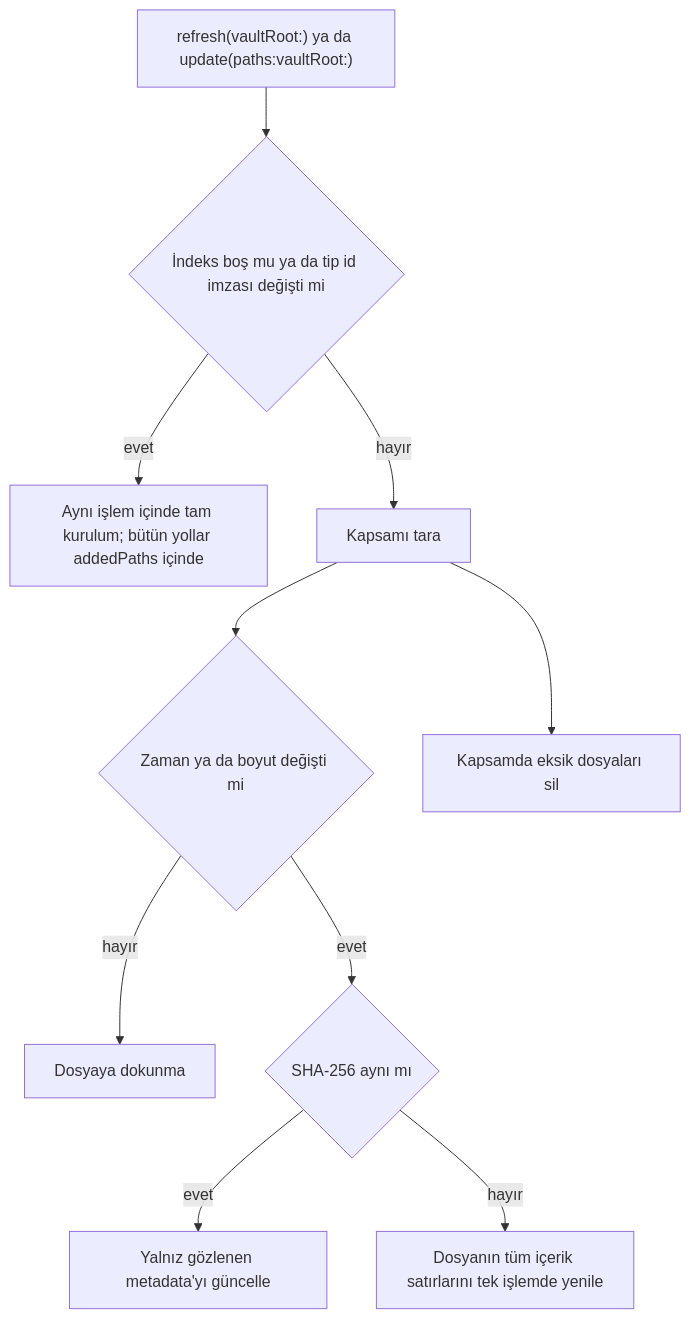
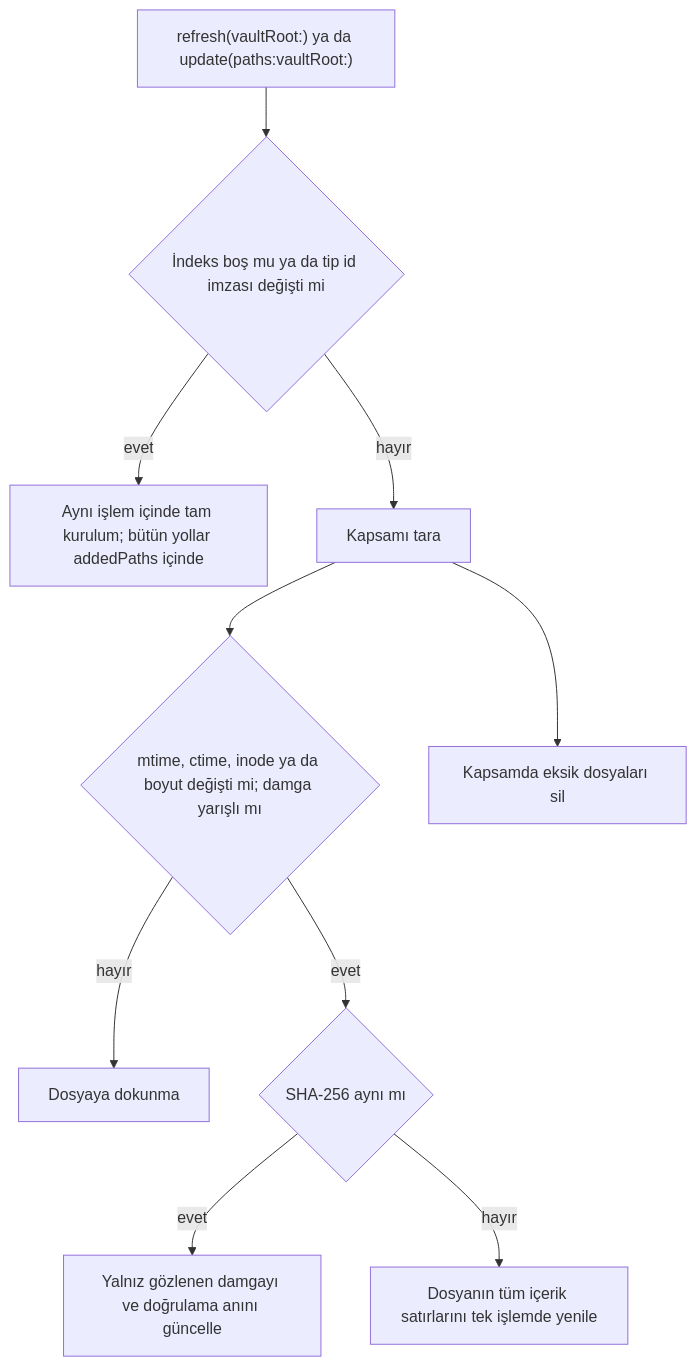
Before and after one commit to dogancanyildiz/kenet: diagram 15 of 18 in docs/architecture.md, drawn with Mermaid. The commit also changed other lines of this file and 18 other files, not shown here.

Commit message:
fix: indeks değişiklik tespiti ctime ve inode ile; boş indekste tam kurulum; NFD adlı fixture (şema 8) (#295)

````diff
--- a/docs/architecture.md
+++ b/docs/architecture.md
@@ -893,12 +896,12 @@
 ```mermaid
 flowchart TD
   Cagri["refresh(vaultRoot:) ya da update(paths:vaultRoot:)"] --> Bos{"İndeks boş mu ya da tip id imzası değişti mi"}
   Bos -->|"evet"| Tam["Aynı işlem içinde tam kurulum; bütün yollar addedPaths içinde"]
   Bos -->|"hayır"| Kapsam["Kapsamı tara"]
-  Kapsam --> Zaman{"Zaman ya da boyut değişti mi"}
+  Kapsam --> Zaman{"mtime, ctime, inode ya da boyut değişti mi; damga yarışlı mı"}
   Zaman -->|"hayır"| Dokunma["Dosyaya dokunma"]
   Zaman -->|"evet"| Ozet{"SHA-256 aynı mı"}
-  Ozet -->|"evet"| Meta["Yalnız gözlenen metadata'yı güncelle"]
+  Ozet -->|"evet"| Meta["Yalnız gözlenen damgayı ve doğrulama anını güncelle"]
   Ozet -->|"hayır"| Icerik["Dosyanın tüm içerik satırlarını tek işlemde yenile"]
   Kapsam --> Eksik["Kapsamda eksik dosyaları sil"]
 ```
````
